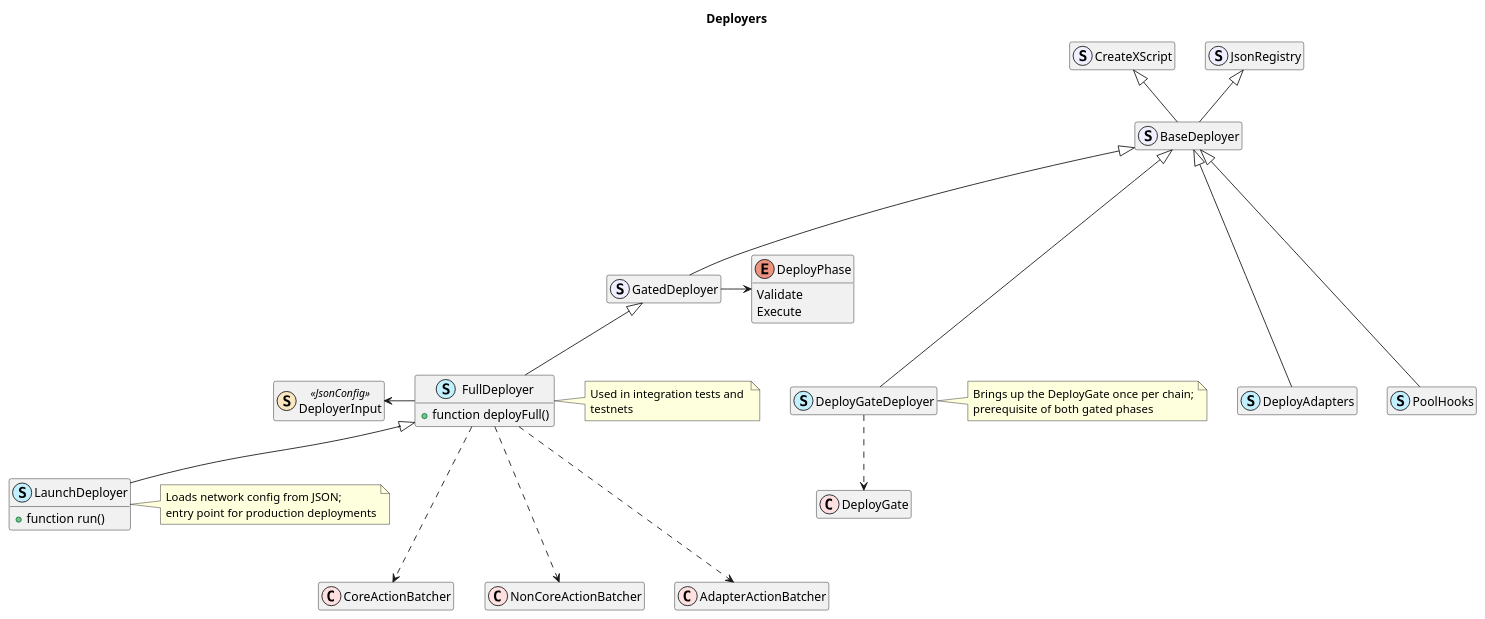
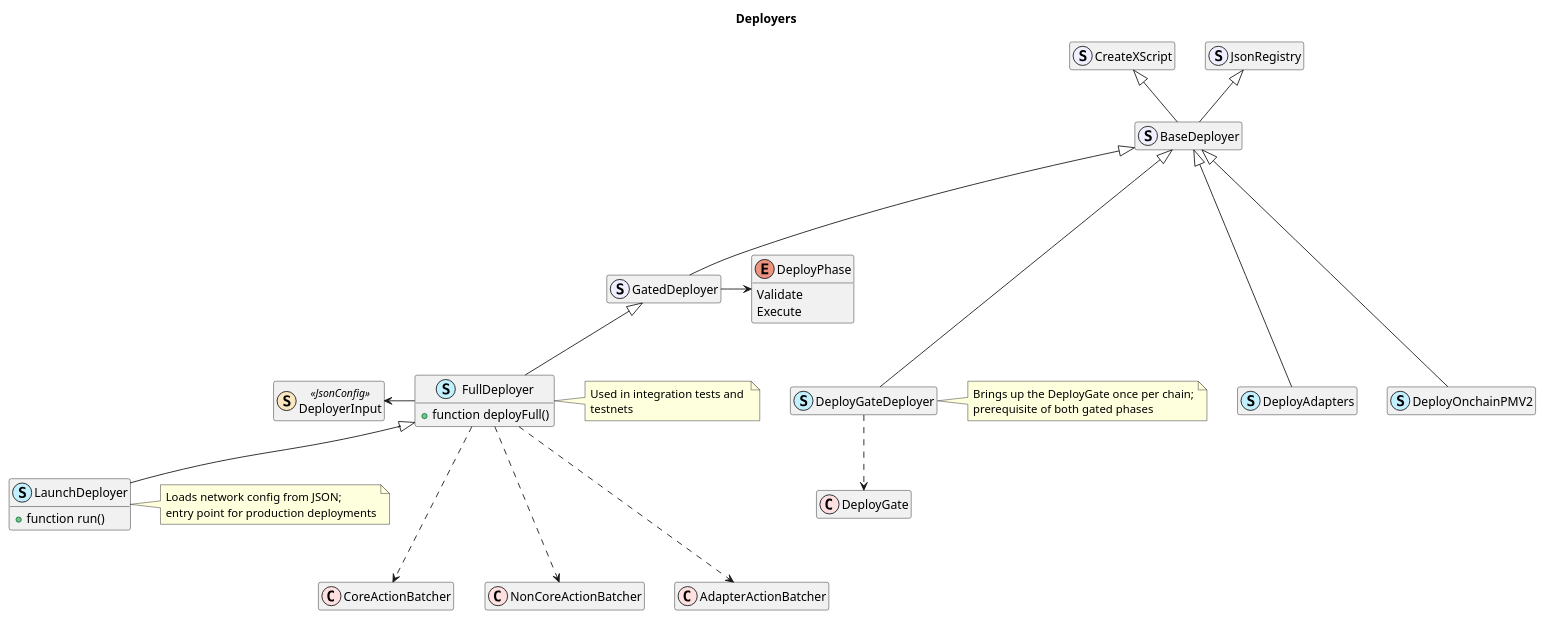
One commit to centrifuge/protocol changed the diagram in docs/architecture/deployers.puml. Above: the diagram before and after it, drawn with PlantUML. The commit also changed 16 other files, not shown here.

```diff
--- a/docs/architecture/deployers.puml
+++ b/docs/architecture/deployers.puml
@@ -1,57 +1,57 @@
 @startuml deployers
 title Deployers
 hide empty members
 
 class JsonRegistry << (S, motivation) >>
 class CreateXScript << (S, motivation) >>
 
 class BaseDeployer << (S, motivation) >>
 class GatedDeployer << (S, motivation) >>
 
 class DeployGateDeployer << (S, application) >>
 class DeployAdapters << (S, application) >>
-class PoolHooks << (S, application) >>
+class DeployOnchainPMV2 << (S, application) >>
 
 class FullDeployer  << (S, application) >> {
     + function deployFull()
 }
 class LaunchDeployer  << (S, application) >> {
     + function run()
 }
 
 class DeployGate << (C, implementation) >>
 class CoreActionBatcher << (C, implementation) >>
 class NonCoreActionBatcher << (C, implementation) >>
 class AdapterActionBatcher << (C, implementation) >>
 
 class DeployerInput << (S,strategy) JsonConfig >>
 
 enum DeployPhase {
     Validate
     Execute
 }
 
 BaseDeployer -up-|> JsonRegistry
 BaseDeployer -up-|> CreateXScript
 
 GatedDeployer --up-|> BaseDeployer
 FullDeployer -up-|> GatedDeployer
 LaunchDeployer -up-|> FullDeployer
 
 DeployGateDeployer ---up-|> BaseDeployer
 DeployAdapters ---up-|> BaseDeployer
-PoolHooks ---up-|> BaseDeployer
+DeployOnchainPMV2 ---up-|> BaseDeployer
 
 GatedDeployer -right> DeployPhase
 FullDeployer -left> DeployerInput
 
 DeployGateDeployer ..> DeployGate
 FullDeployer ...> CoreActionBatcher
 FullDeployer ...> NonCoreActionBatcher
 FullDeployer ...> AdapterActionBatcher
 
 note right of FullDeployer: Used in integration tests and \ntestnets
 note right of LaunchDeployer: Loads network config from JSON;\nentry point for production deployments
 note right of DeployGateDeployer: Brings up the DeployGate once per chain;\nprerequisite of both gated phases
 
 @enduml
```
